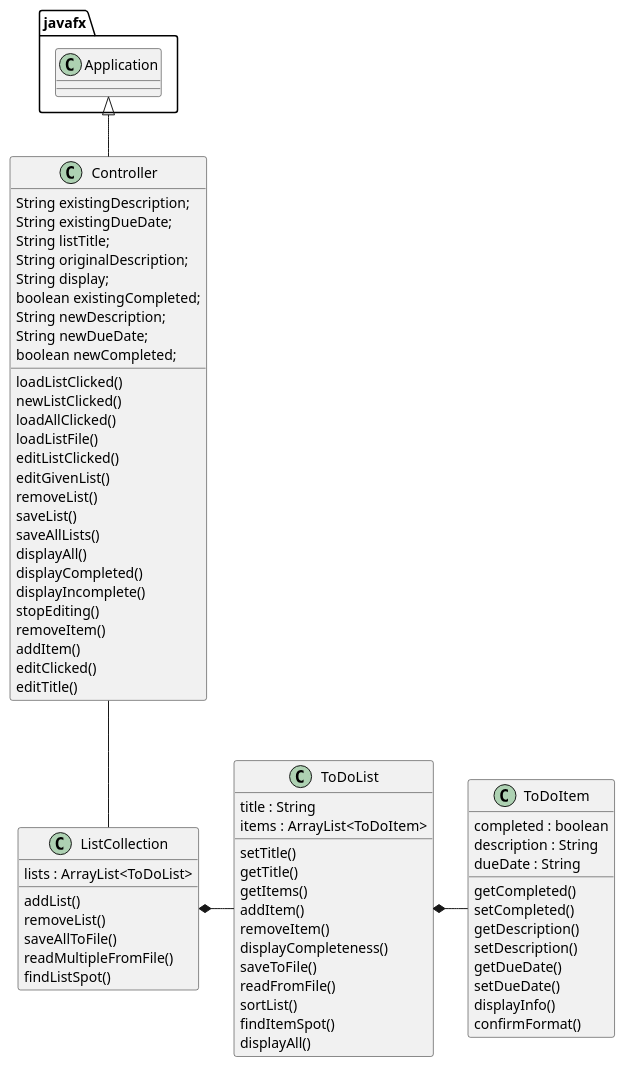
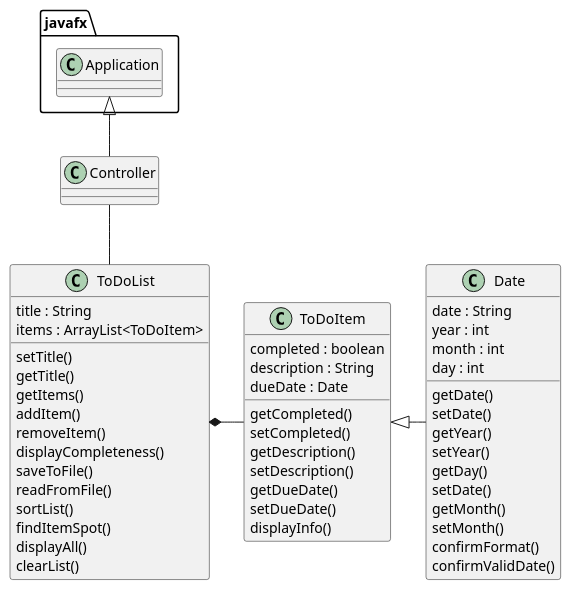
The diagram in uml/ToDoListManager.puml (ehraiford/raiford-cop3330-assignment4part2), drawn with PlantUML before and after one commit. The commit also changed 15 other files, not shown here.

```diff
--- a/uml/ToDoListManager.puml
+++ b/uml/ToDoListManager.puml
@@ -1,81 +1,61 @@
 @startuml
 'https://plantuml.com/class-diagram
 ToDoList*-ToDoItem
-ListCollection*-ToDoList
 javafx.Application<|-- Controller
-Controller-- ListCollection
-
+Controller-- ToDoList
+ToDoItem<|- Date
 class Controller{
 
-    String existingDescription;
-    String existingDueDate;
-    String listTitle;
-    String originalDescription;
-    String display;
-    boolean existingCompleted;
-    String newDescription;
-    String newDueDate;
-    boolean newCompleted;
-
-    loadListClicked()
-    newListClicked()
-    loadAllClicked()
-    loadListFile()
-    editListClicked()
-    editGivenList()
-    removeList()
-    saveList()
-    saveAllLists()
-    displayAll()
-    displayCompleted()
-    displayIncomplete()
-    stopEditing()
-    removeItem()
-    addItem()
-    editClicked()
-    editTitle()
-
-}
-class ListCollection{
-    lists : ArrayList<ToDoList>
-
-    addList()
-    removeList()
-    saveAllToFile()
-    readMultipleFromFile()
-    findListSpot()
 }
 
 class ToDoList{
     title : String
     items : ArrayList<ToDoItem>
 
     setTitle()
     getTitle()
     getItems()
     addItem()
     removeItem()
     displayCompleteness()
     saveToFile()
     readFromFile()
     sortList()
     findItemSpot()
     displayAll()
+    clearList()
 }
 
 class ToDoItem{
     completed : boolean
     description : String
-    dueDate : String
+    dueDate : Date
 
     getCompleted()
     setCompleted()
     getDescription()
     setDescription()
     getDueDate()
     setDueDate()
     displayInfo()
-    confirmFormat()
+
 }
 
+class Date{
+    date : String
+    year : int
+    month : int
+    day : int
+
+    getDate()
+    setDate()
+    getYear()
+    setYear()
+    getDay()
+    setDate()
+    getMonth()
+    setMonth()
+    confirmFormat()
+    confirmValidDate()
+}
 @enduml
```
